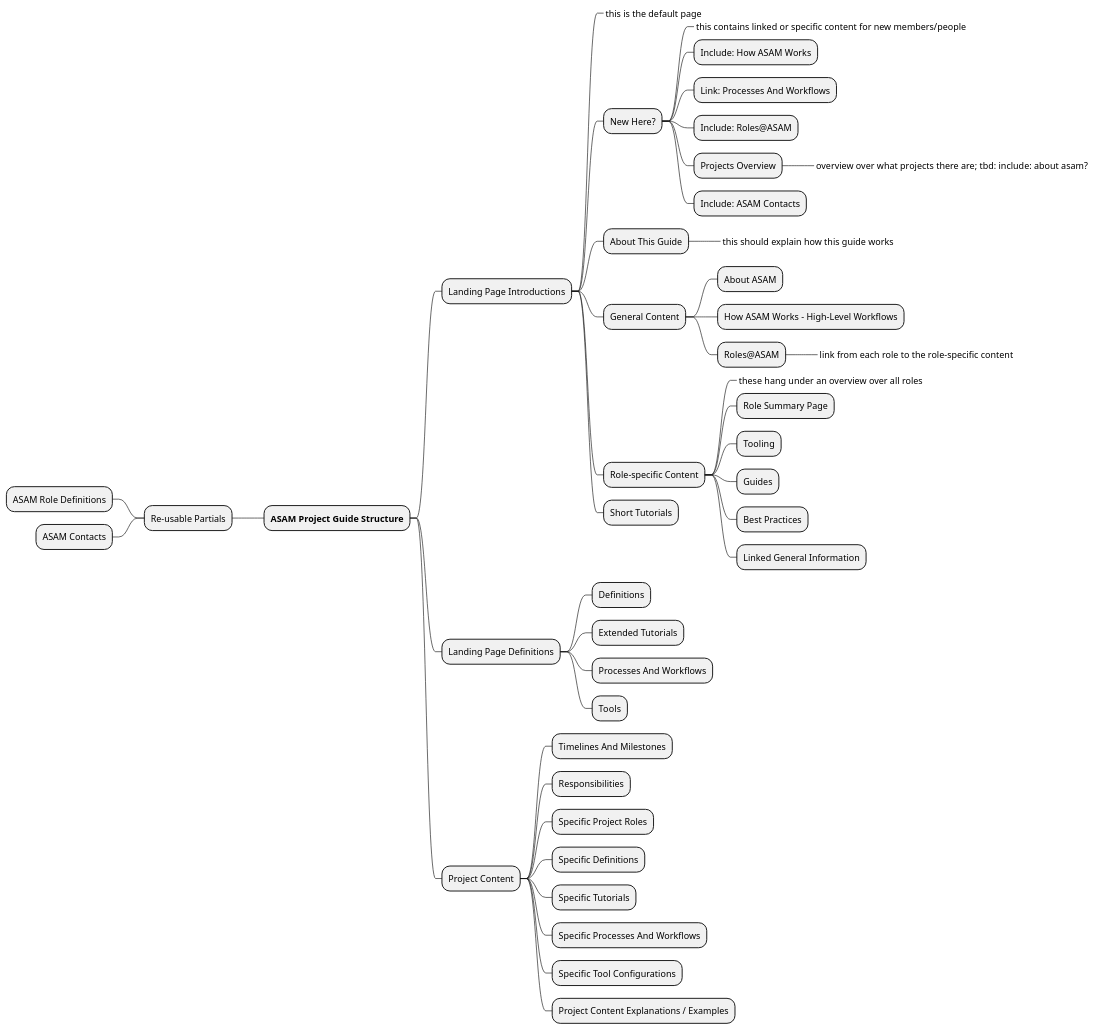
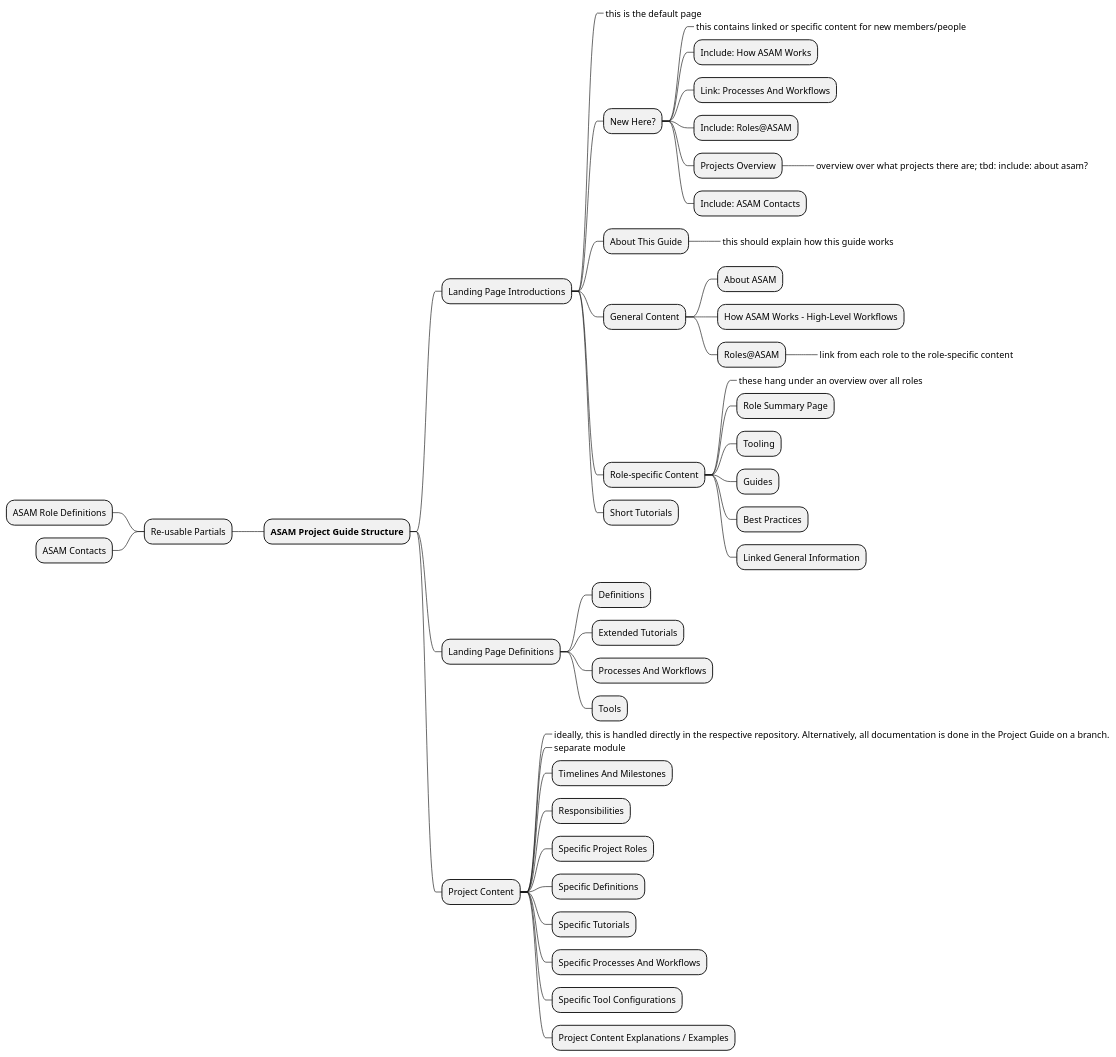
One commit to asam-ev/asam-project-guide changed the first of 3 diagrams in doc/modules/ROOT/pages/antora/Content-Structure.adoc. Above: the diagram before and after it, drawn with PlantUML.

Commit message:
Ref #24 Added new comment for Project Content in proposed structure

```diff
--- a/doc/modules/ROOT/pages/antora/Content-Structure.adoc
+++ b/doc/modules/ROOT/pages/antora/Content-Structure.adoc
@@ -8,51 +8,53 @@
 [plantuml,mindmap2,svg]
 ----
 @startmindmap
 + **ASAM Project Guide Structure**
 ++ Landing Page Introductions
 +++_ this is the default page
 +++ New Here?
 ++++_ this contains linked or specific content for new members/people
 ++++ Include: How ASAM Works
 ++++ Link: Processes And Workflows
 ++++ Include: Roles@ASAM
 ++++ Projects Overview
 +++++_ overview over what projects there are; tbd: include: about asam?
 ++++ Include: ASAM Contacts
 +++ About This Guide
 ++++_ this should explain how this guide works
 +++ General Content
 ++++ About ASAM
 ++++ How ASAM Works - High-Level Workflows
 ++++ Roles@ASAM
 +++++_ link from each role to the role-specific content
 +++ Role-specific Content
 ++++_ these hang under an overview over all roles
 ++++ Role Summary Page
 ++++ Tooling
 ++++ Guides
 ++++ Best Practices
 ++++ Linked General Information
 +++ Short Tutorials
 
 ++ Landing Page Definitions
 +++ Definitions
 +++ Extended Tutorials
 +++ Processes And Workflows
 +++ Tools
 
 ++ Project Content
++++_ ideally, this is handled directly in the respective repository. Alternatively, all documentation is done in the Project Guide on a branch.
++++_ separate module
 +++ Timelines And Milestones
 +++ Responsibilities
 +++ Specific Project Roles
 +++ Specific Definitions
 +++ Specific Tutorials
 +++ Specific Processes And Workflows
 +++ Specific Tool Configurations
 +++ Project Content Explanations / Examples
 
 -- Re-usable Partials
 --- ASAM Role Definitions
 --- ASAM Contacts
 @endmindmap
 ----
```
